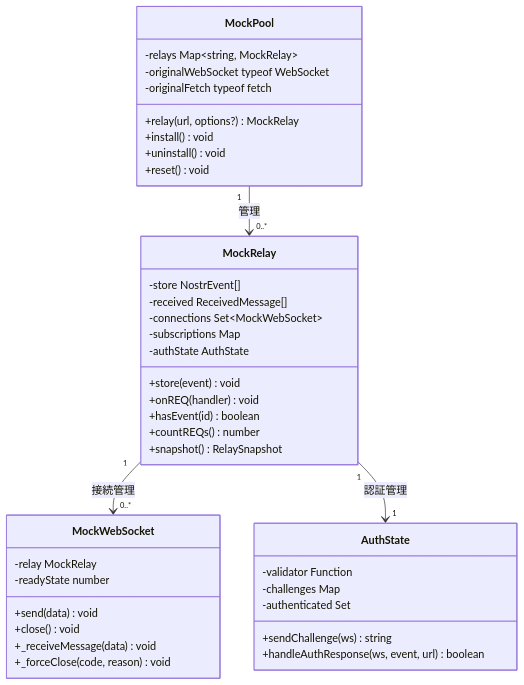
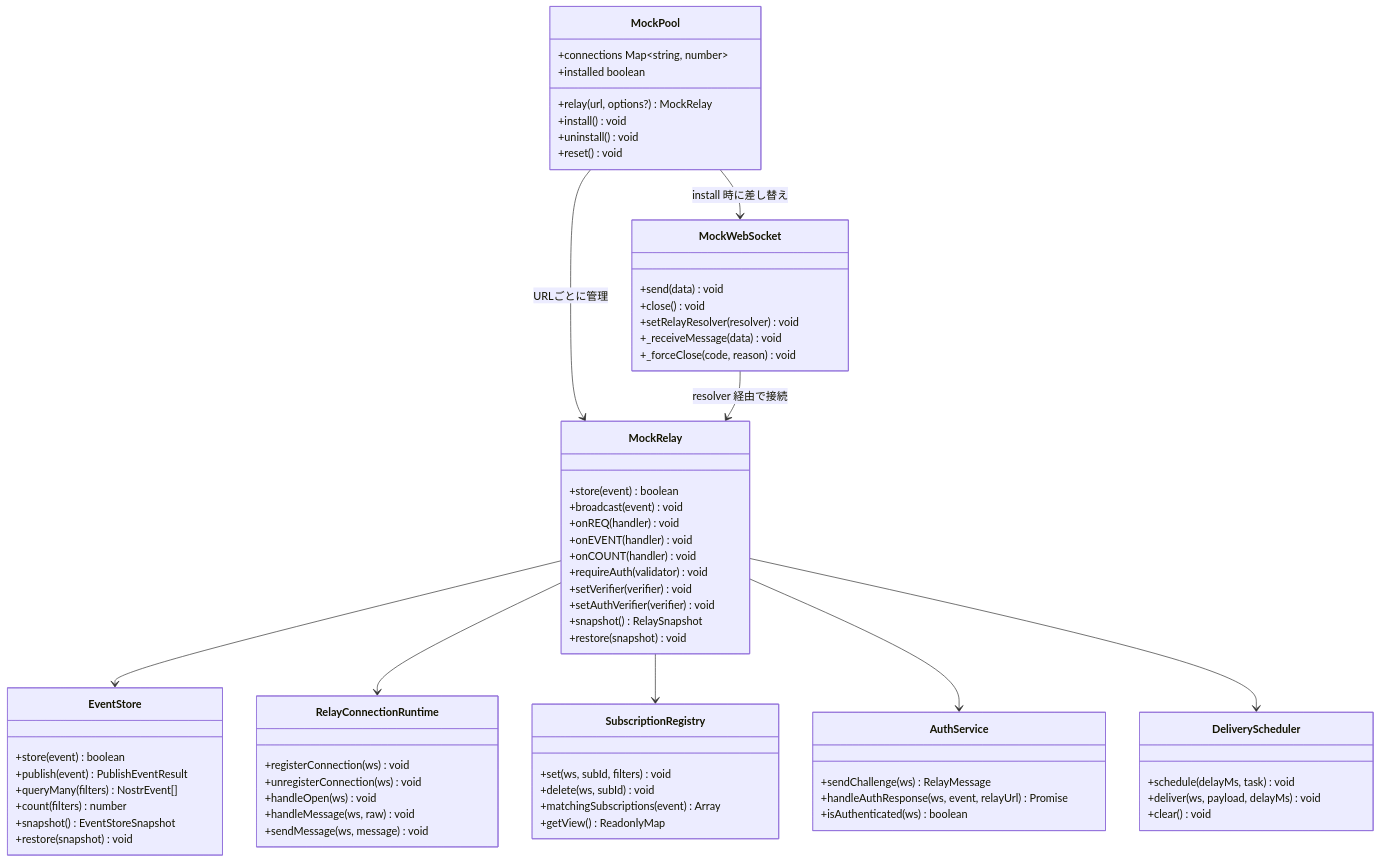
One commit to ikuradon/tsunagiya changed the second of 6 diagrams in docs/reference/architecture.md. Above: the diagram before and after it, drawn with Mermaid. The commit also changed other lines of this file and 84 other files, not shown here.

````diff
--- a/docs/reference/architecture.md
+++ b/docs/reference/architecture.md
@@ -40,43 +86,70 @@
 ```mermaid
 classDiagram
     class MockPool {
         +relay(url, options?) MockRelay
         +install() void
         +uninstall() void
         +reset() void
-        -relays Map~string, MockRelay~
-        -originalWebSocket typeof WebSocket
-        -originalFetch typeof fetch
+        +connections Map~string, number~
+        +installed boolean
     }
     class MockRelay {
-        +store(event) void
+        +store(event) boolean
+        +broadcast(event) void
         +onREQ(handler) void
-        +hasEvent(id) boolean
-        +countREQs() number
+        +onEVENT(handler) void
+        +onCOUNT(handler) void
+        +requireAuth(validator) void
+        +setVerifier(verifier) void
+        +setAuthVerifier(verifier) void
         +snapshot() RelaySnapshot
-        -store NostrEvent[]
-        -received ReceivedMessage[]
-        -connections Set~MockWebSocket~
-        -subscriptions Map
-        -authState AuthState
+        +restore(snapshot) void
+    }
+    class EventStore {
+        +store(event) boolean
+        +publish(event) PublishEventResult
+        +queryMany(filters) NostrEvent[]
+        +count(filters) number
+        +snapshot() EventStoreSnapshot
+        +restore(snapshot) void
+    }
+    class RelayConnectionRuntime {
+        +registerConnection(ws) void
+        +unregisterConnection(ws) void
+        +handleOpen(ws) void
+        +handleMessage(ws, raw) void
+        +sendMessage(ws, message) void
+    }
+    class SubscriptionRegistry {
+        +set(ws, subId, filters) void
+        +delete(ws, subId) void
+        +matchingSubscriptions(event) Array
+        +getView() ReadonlyMap
+    }
+    class AuthService {
+        +sendChallenge(ws) RelayMessage
+        +handleAuthResponse(ws, event, relayUrl) Promise
+        +isAuthenticated(ws) boolean
+    }
+    class DeliveryScheduler {
+        +schedule(delayMs, task) void
+        +deliver(ws, payload, delayMs) void
+        +clear() void
     }
     class MockWebSocket {
         +send(data) void
         +close() void
-        -relay MockRelay
-        -readyState number
+        +setRelayResolver(resolver) void
         +_receiveMessage(data) void
         +_forceClose(code, reason) void
     }
-    class AuthState {
-        +sendChallenge(ws) string
-        +handleAuthResponse(ws, event, url) boolean
-        -validator Function
-        -challenges Map
-        -authenticated Set
-    }
 
-    MockPool "1" --> "0..*" MockRelay : 管理
-    MockRelay "1" --> "0..*" MockWebSocket : 接続管理
-    MockRelay "1" --> "1" AuthState : 認証管理
+    MockPool --> MockRelay : URLごとに管理
+    MockPool --> MockWebSocket : install 時に差し替え
+    MockRelay --> EventStore
+    MockRelay --> RelayConnectionRuntime
+    MockRelay --> SubscriptionRegistry
+    MockRelay --> AuthService
+    MockRelay --> DeliveryScheduler
+    MockWebSocket --> MockRelay : resolver 経由で接続
 ```
````
